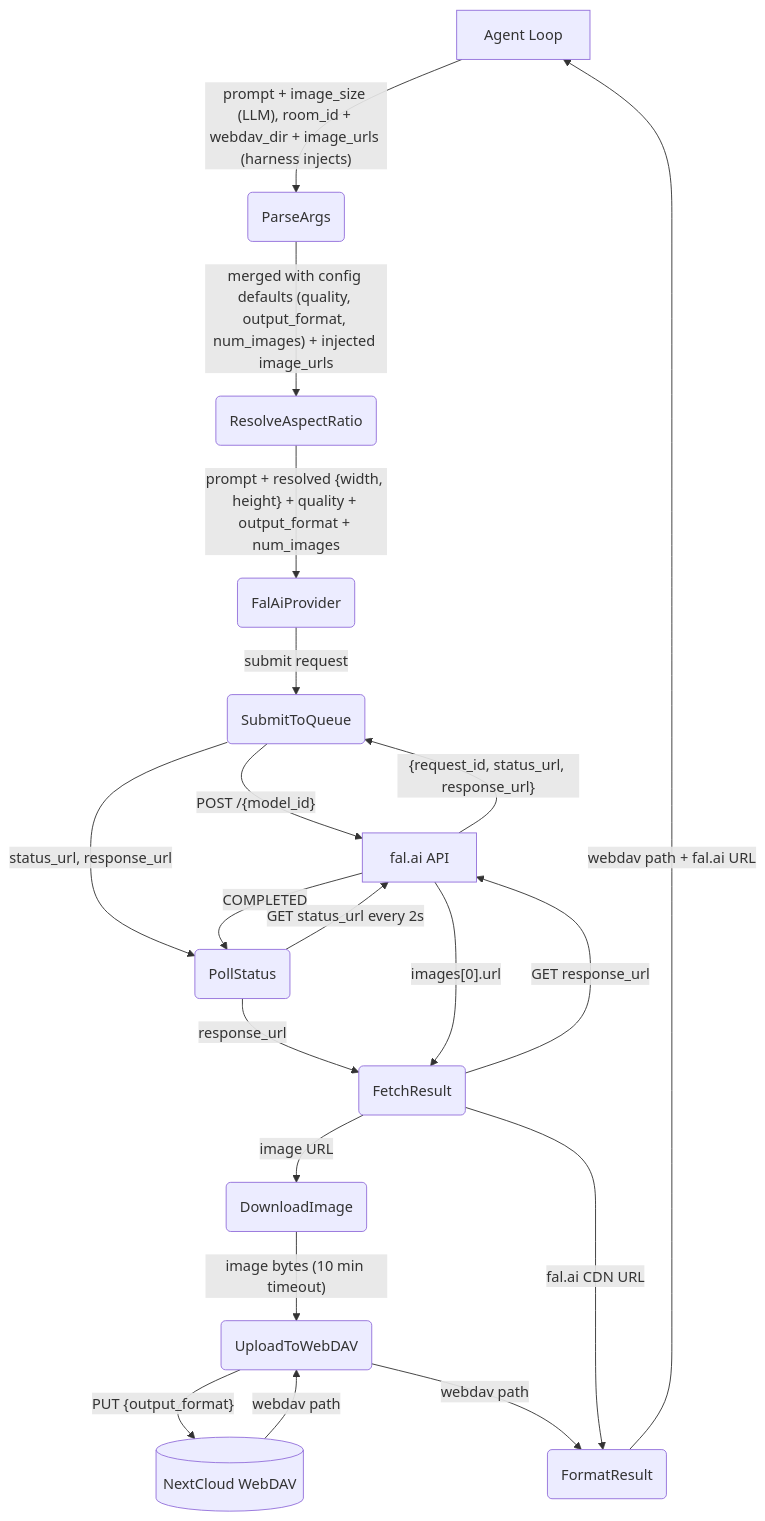
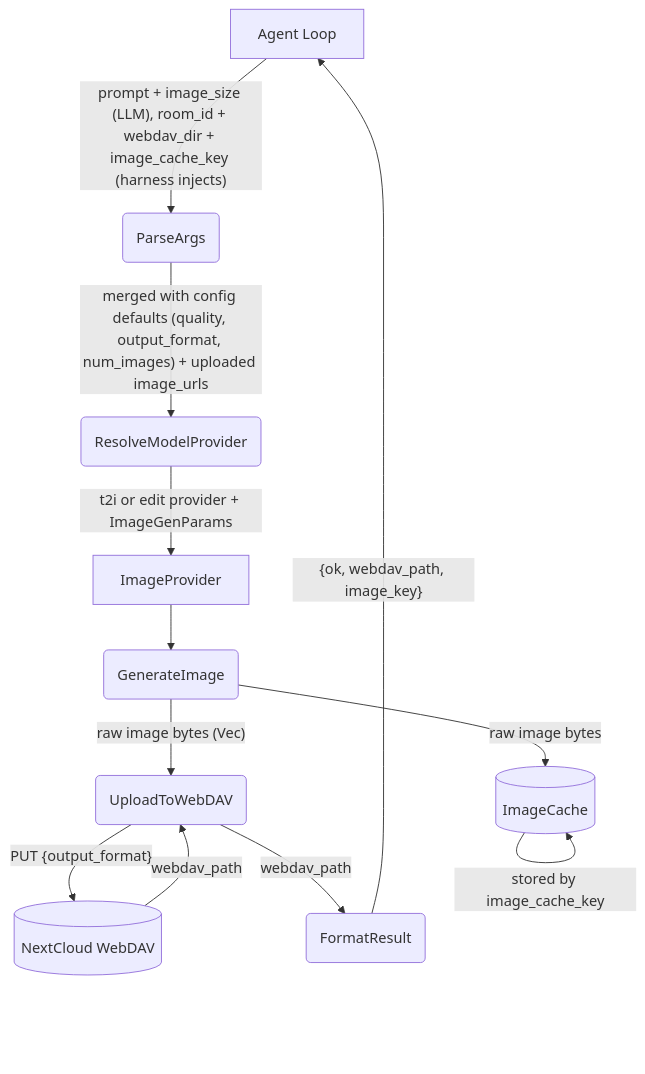
The first of 4 diagrams in _dfds/tools/image-gen.md (cosmoswafer/rockbot), drawn with Mermaid before and after one commit. The commit also changed other lines of this file and 7 other files, not shown here.

First line of the commit message:
fix: upload generated images as RocketChat attachments instead of embedding base64

````diff
--- a/_dfds/tools/image-gen.md
+++ b/_dfds/tools/image-gen.md
@@ -26,35 +25,24 @@
 ```mermaid
 flowchart TD
     AGENT[Agent Loop]
     PARSE(ParseArgs)
-    RESOLVE(ResolveAspectRatio)
-    FAL(FalAiProvider)
-    SUBMIT(SubmitToQueue)
-    POLL(PollStatus)
-    FETCH(FetchResult)
-    DOWNLOAD(DownloadImage)
-    UPLOAD(UploadToWebDAV)
+    RESOLVE(ResolveModelProvider)
+    PROVIDER[ImageProvider]
+    GEN(GenerateImage)
+    DAV_UPLOAD(UploadToWebDAV)
     DAV[(NextCloud WebDAV)]
+    CACHE[(ImageCache)]
     FORMAT(FormatResult)
-    FAL_API[fal.ai API]
 
-    AGENT -->|"prompt + image_size (LLM), room_id + webdav_dir + image_urls (harness injects)"| PARSE
-    PARSE -->|"merged with config defaults (quality, output_format, num_images) + injected image_urls"| RESOLVE
-    RESOLVE -->|"prompt + resolved {width, height} + quality + output_format + num_images"| FAL
-    FAL -->|"submit request"| SUBMIT
-    SUBMIT -->|"POST /{model_id}"| FAL_API
-    FAL_API -->|"{request_id, status_url, response_url}"| SUBMIT
-    SUBMIT -->|"status_url, response_url"| POLL
-    POLL -->|"GET status_url every 2s"| FAL_API
-    FAL_API -->|"COMPLETED"| POLL
-    POLL -->|"response_url"| FETCH
-    FETCH -->|"GET response_url"| FAL_API
-    FAL_API -->|"images[0].url"| FETCH
-    FETCH -->|"image URL"| DOWNLOAD
-    DOWNLOAD -->|"image bytes (10 min timeout)"| UPLOAD
-    UPLOAD -->|"PUT {output_format}"| DAV
-    DAV -->|"webdav path"| UPLOAD
-    UPLOAD -->|"webdav path"| FORMAT
-    FETCH -->|"fal.ai CDN URL"| FORMAT
-    FORMAT -->|"webdav path + fal.ai URL"| AGENT
+    AGENT -->|"prompt + image_size (LLM), room_id + webdav_dir + image_cache_key (harness injects)"| PARSE
+    PARSE -->|"merged with config defaults (quality, output_format, num_images) + uploaded image_urls"| RESOLVE
+    RESOLVE -->|"t2i or edit provider + ImageGenParams"| PROVIDER
+    PROVIDER --> GEN
+    GEN -->|"raw image bytes (Vec<u8>)"| DAV_UPLOAD
+    DAV_UPLOAD -->|"PUT {output_format}"| DAV
+    DAV -->|"webdav_path"| DAV_UPLOAD
+    GEN -->|"raw image bytes"| CACHE
+    CACHE -->|"stored by image_cache_key"| CACHE
+    DAV_UPLOAD -->|"webdav_path"| FORMAT
+    FORMAT -->|"{ok, webdav_path, image_key}"| AGENT
 ```
````
